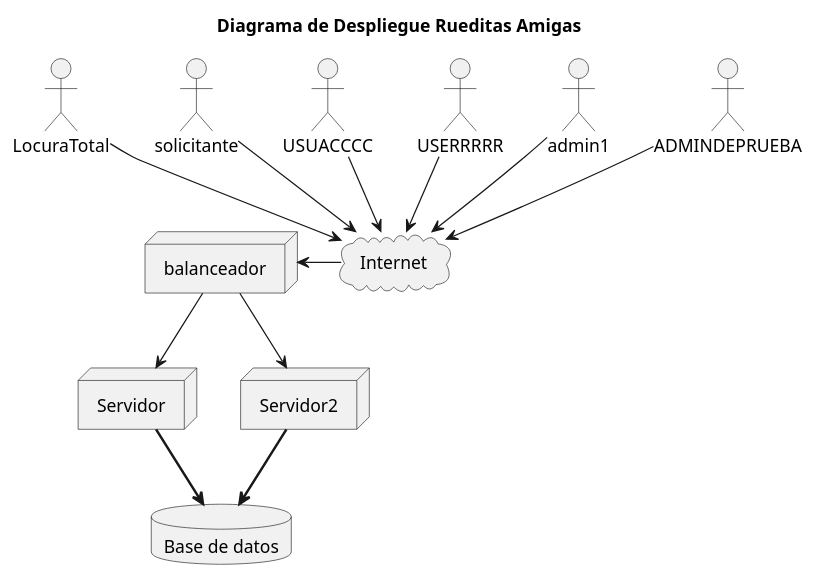
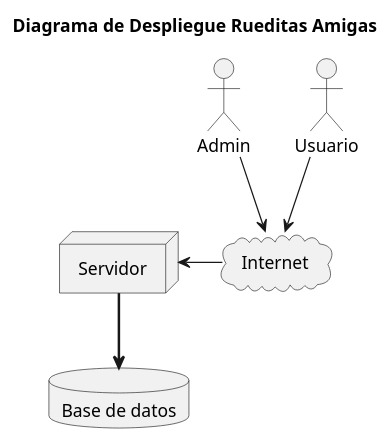
Before and after one commit to lrizzitano/RueditasAmigasDespliegue: the diagram in diagrams/DiagramaDeDespliegue.puml, drawn with PlantUML.

Commit message:
pruebo diagrama base

```diff
--- a/diagrams/DiagramaDeDespliegue.puml
+++ b/diagrams/DiagramaDeDespliegue.puml
@@ -1,37 +1,22 @@
-@startuml
+@startuml Diagrama de Despliegue Rueditas Amigas
 'https://plantuml.com/deployment-diagram
 
 title Diagrama de Despliegue Rueditas Amigas
 
-actor "LocuraTotal"
-actor "solicitante"
-actor "USUACCCC"
-actor "USERRRRR"
-actor "LocuraTotal"
-actor "admin1"
-actor "ADMINDEPRUEBA"
+
+actor "Admin"
+actor "Usuario"
 
 cloud "Internet"
 
 node "Servidor"
-node "Servidor2"
-node "balanceador"
 
 database "Base de datos"
 
-"solicitante" --> "Internet"
-"USUACCCC" --> "Internet"
-"USERRRRR" --> "Internet"
-"LocuraTotal" --> "Internet"
-"admin1" --> "Internet"
-"ADMINDEPRUEBA" --> "Internet"
+"Usuario" --> "Internet"
+"Admin" --> "Internet"
 
-"Internet" -l-> "balanceador"
+"Internet" -l-> "Servidor"
 
 "Servidor" -[bold]-> "Base de datos"
-"Servidor2" -[bold]-> "Base de datos"
-
-"balanceador" --> "Servidor"
-"balanceador" --> "Servidor2"
-
 @enduml
```
